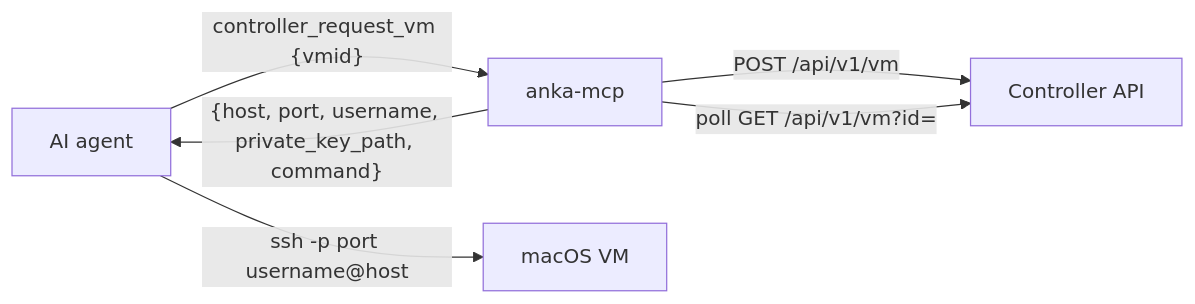
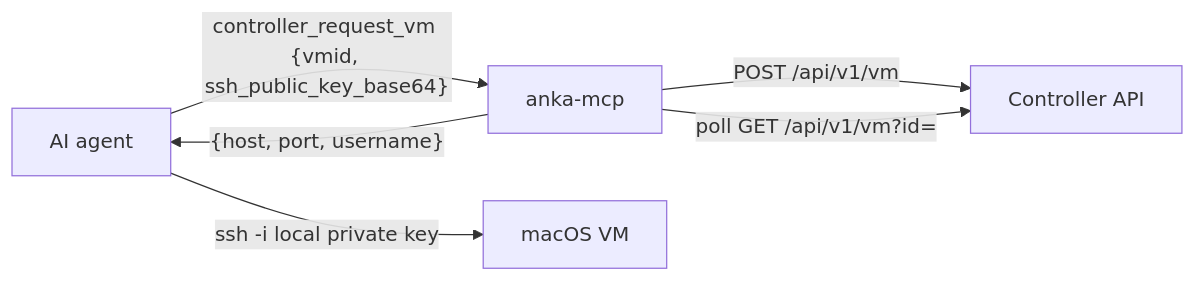
One commit to veertuinc/anka-mcp changed the diagram in README.md. Above: the diagram before and after it, drawn with Mermaid. The commit also changed other lines of this file and 18 other files, not shown here.

Commit message:
ditch ssh creation and require it from the agent

````diff
--- a/README.md
+++ b/README.md
@@ -82,8 +82,8 @@
 ```mermaid
 flowchart LR
-  agent["AI agent"] -->|"controller_request_vm {vmid}"| mcp["anka-mcp"]
+  agent["AI agent"] -->|"controller_request_vm {vmid, ssh_public_key_base64}"| mcp["anka-mcp"]
   mcp -->|"POST /api/v1/vm"| ctl["Controller API"]
   mcp -->|"poll GET /api/v1/vm?id="| ctl
-  mcp -->|"{host, port, username, private_key_path, command}"| agent
-  agent -->|"ssh -p port username@host"| vm["macOS VM"]
+  mcp -->|"{host, port, username}"| agent
+  agent -->|"ssh -i local private key"| vm["macOS VM"]
 ```
````
